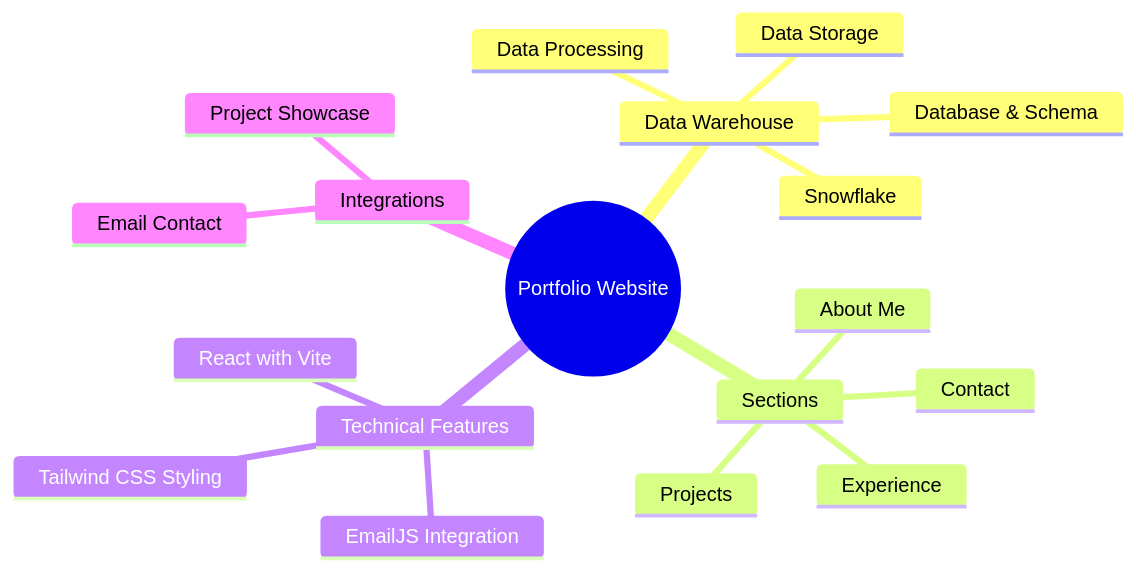
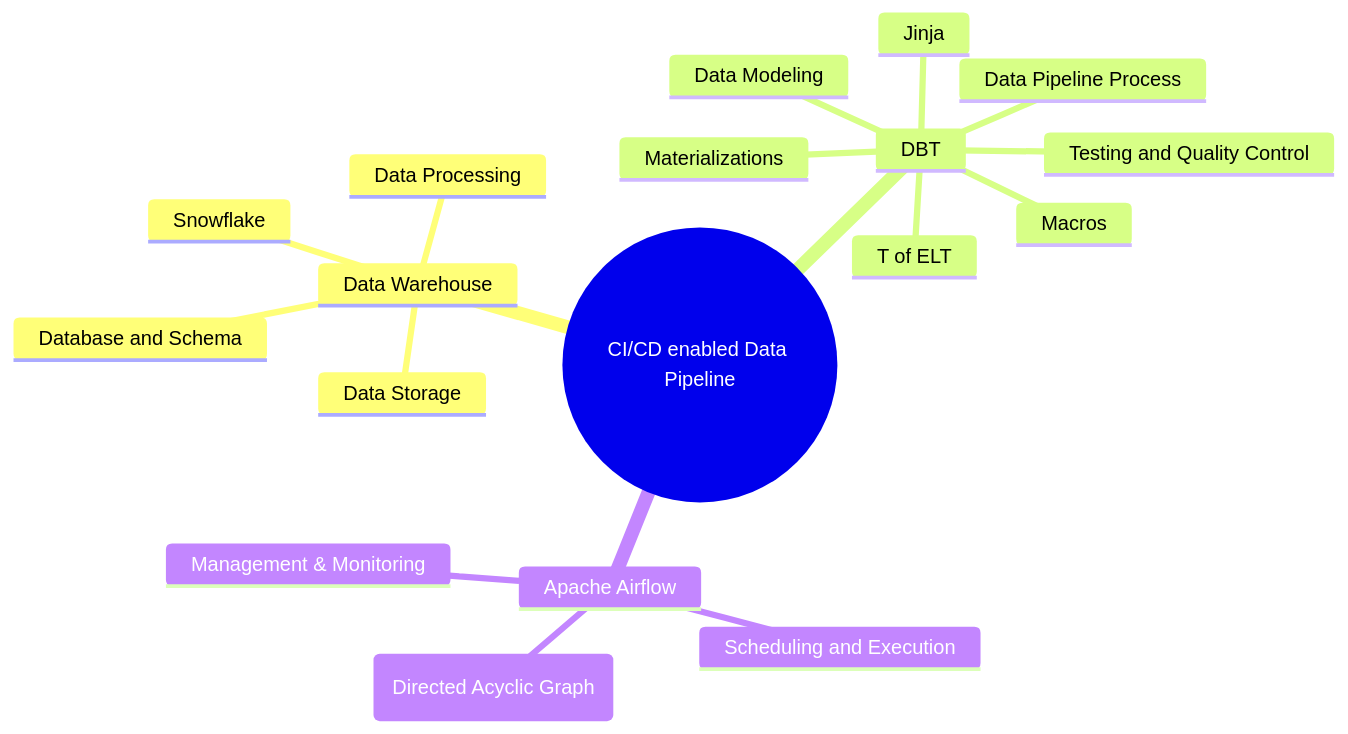
Before and after one commit to YONG-LIN-LIANG/data_pipeline_dbt_snowflake: the diagram in README.md, drawn with Mermaid. The commit also changed other lines of this file, not shown here.

````diff
--- a/README.md
+++ b/README.md
@@ -24,21 +24,21 @@
 ```mermaid
 mindmap
-  root((Portfolio Website))
+  root((CI/CD enabled Data Pipeline))
     Data Warehouse
       Snowflake
-      Database & Schema
+      Database and Schema
       Data Storage
       Data Processing
-    Sections
-      About Me
-      Experience
-      Projects
-      Contact
-    Technical Features
-      React with Vite
-      Tailwind CSS Styling
-      EmailJS Integration
-    Integrations
-       Email Contact
-      Project Showcase
+    DBT
+      Jinja
+      Data Modeling
+      T of ELT
+      Macros
+      Materializations
+      Data Pipeline Process
+      Testing and Quality Control
+    Apache Airflow
+      DAG (Directed Acyclic Graph)
+      Scheduling and Execution
+      Management & Monitoring
 ```
````
